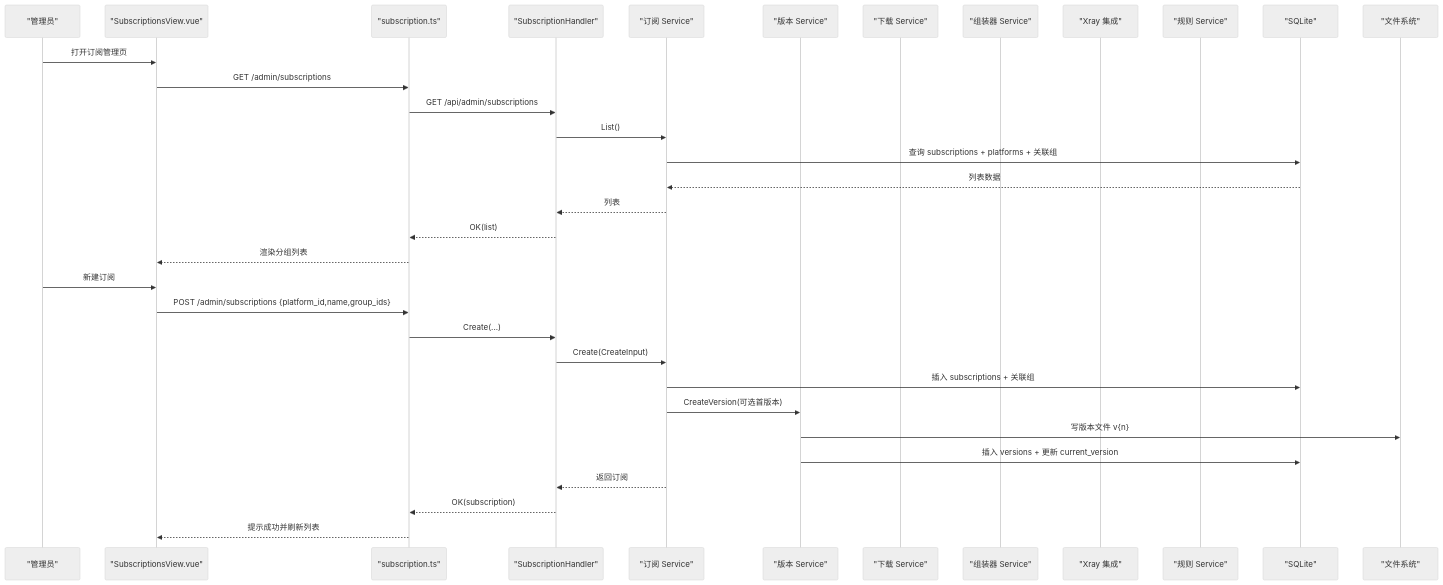
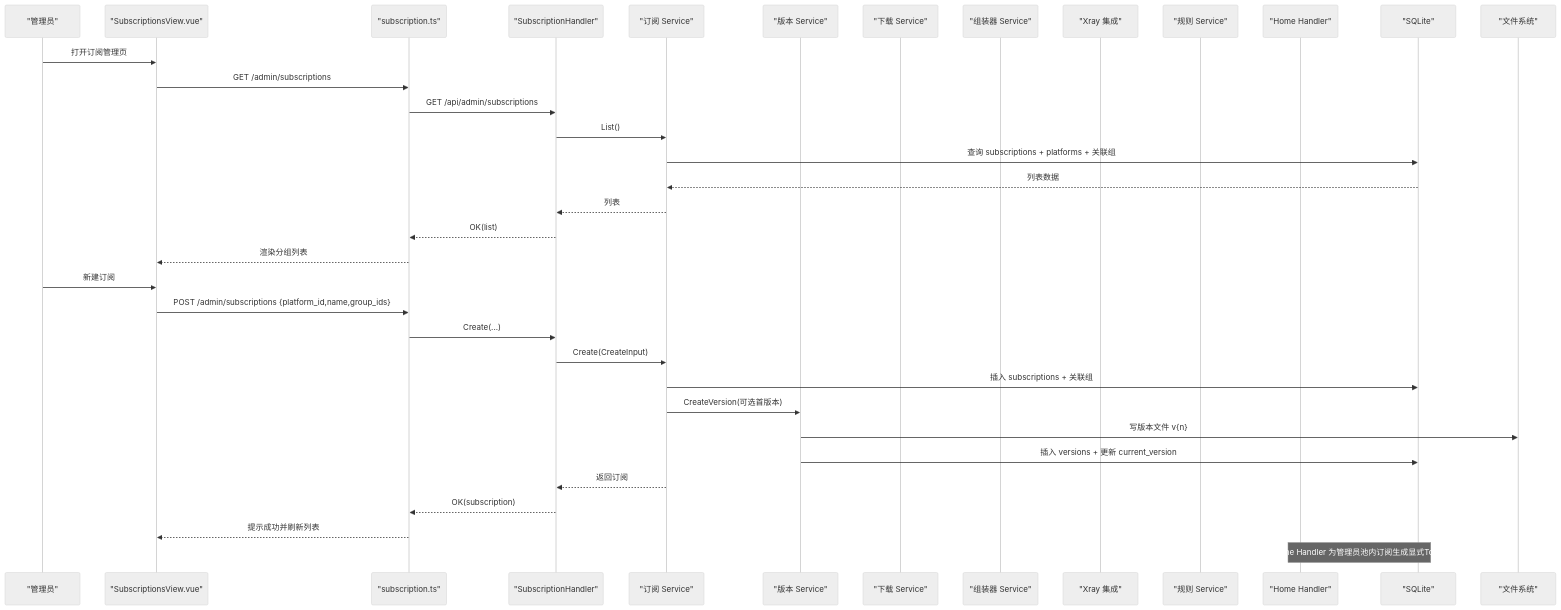
The second of 11 diagrams in .qoder/repowiki/zh/content/核心功能模块/订阅管理系统.md (AlcaProphet/VPN-Subscription-Management), drawn with Mermaid (neutral theme) before and after one commit. The commit also changed other lines of this file and 4 other files, not shown here.

````diff
--- a/.qoder/repowiki/zh/content/核心功能模块/订阅管理系统.md
+++ b/.qoder/repowiki/zh/content/核心功能模块/订阅管理系统.md
@@ -110,35 +116,37 @@
 ```mermaid
 sequenceDiagram
 participant U as "管理员"
 participant FE as "SubscriptionsView.vue"
 participant API as "subscription.ts"
 participant H as "SubscriptionHandler"
 participant S as "订阅 Service"
 participant V as "版本 Service"
 participant D as "下载 Service"
 participant A as "组装器 Service"
 participant X as "Xray 集成"
 participant R as "规则 Service"
+participant HOME as "Home Handler"
 participant DB as "SQLite"
 participant FS as "文件系统"
 U->>FE : 打开订阅管理页
 FE->>API : GET /admin/subscriptions
 API->>H : GET /api/admin/subscriptions
 H->>S : List()
 S->>DB : 查询 subscriptions + platforms + 关联组
 DB-->>S : 列表数据
 S-->>H : 列表
 H-->>API : OK(list)
 API-->>FE : 渲染分组列表
 U->>FE : 新建订阅
 FE->>API : POST /admin/subscriptions {platform_id,name,group_ids}
 API->>H : Create(...)
 H->>S : Create(CreateInput)
 S->>DB : 插入 subscriptions + 关联组
 S->>V : CreateVersion(可选首版本)
 V->>FS : 写版本文件 v{n}
 V->>DB : 插入 versions + 更新 current_version
 S-->>H : 返回订阅
 H-->>API : OK(subscription)
 API-->>FE : 提示成功并刷新列表
+Note over HOME,DB : Home Handler 为管理员池内订阅生成显式Token
 ```
````
